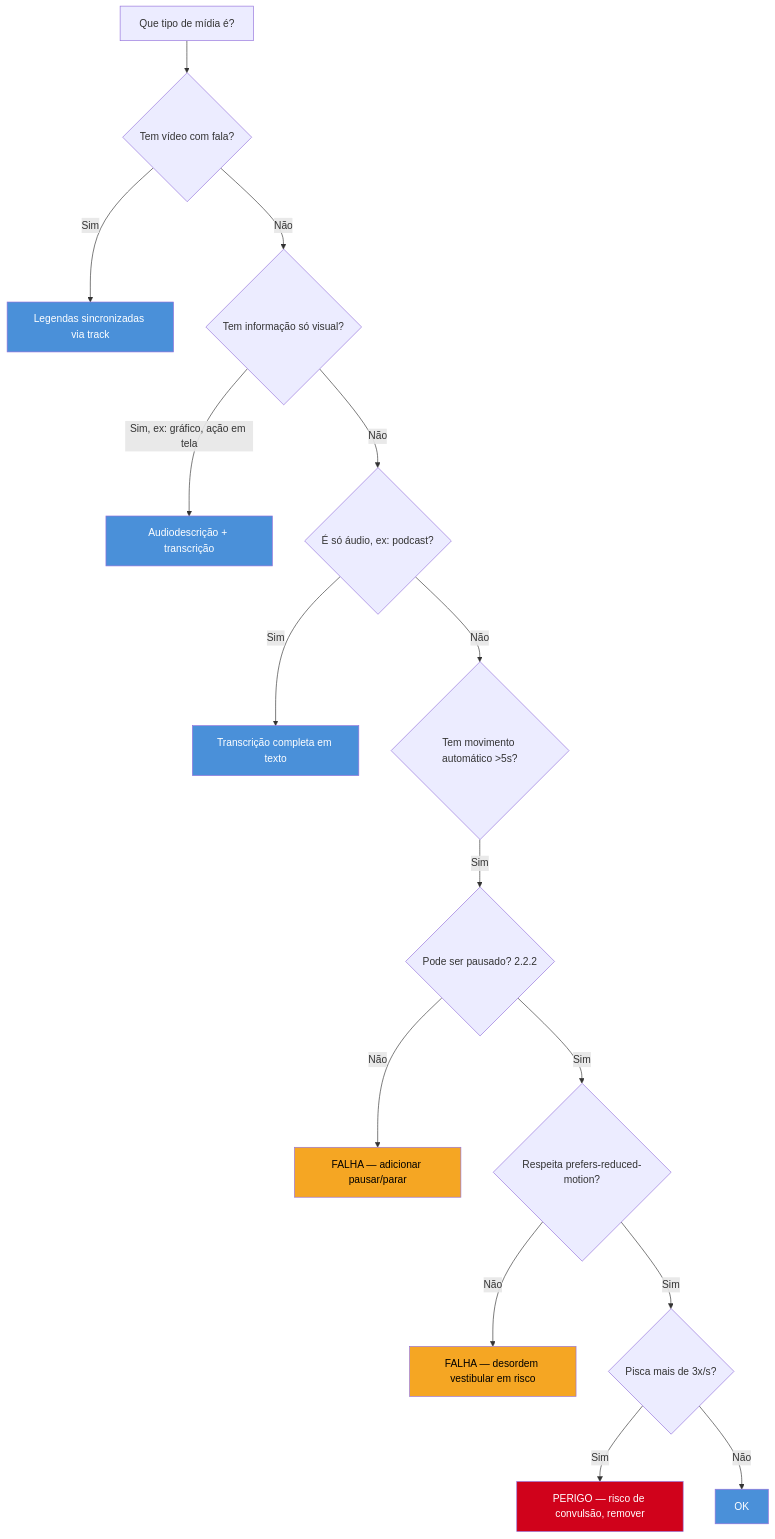
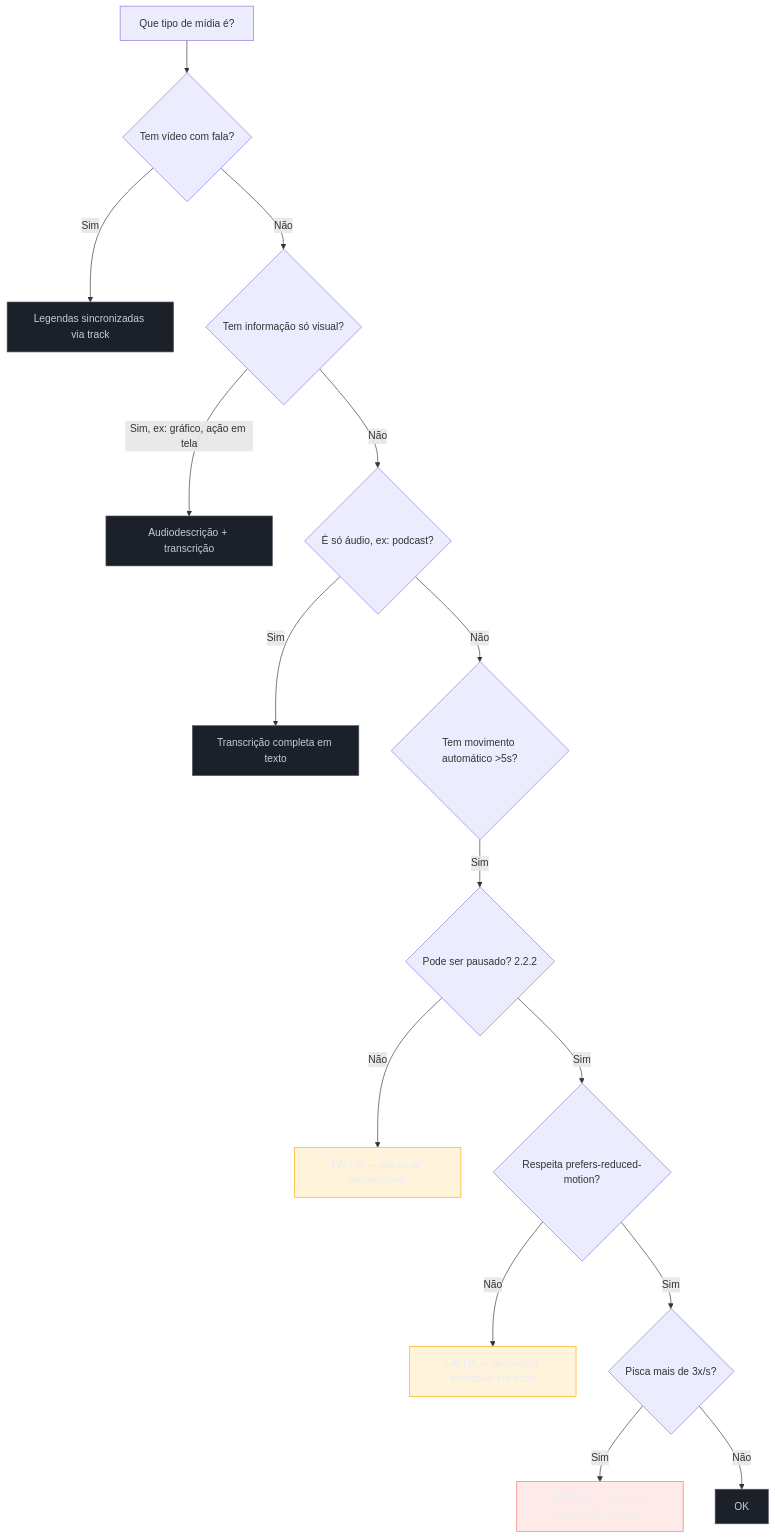
The diagram in 03-Dominios/Tecnologia/Acessibilidade/Construir Acessível/12 - Mídia e movimento.md (josenaldo/codex-technomanticus), drawn with Mermaid before and after one commit. The commit also changed 1181 other files, not shown here.

First line of the commit message:
fix(diagramas): paleta do sistema no lugar de cor cravada no markdown

````diff
--- a/03-Dominios/Tecnologia/Acessibilidade/Construir Acessível/12 - Mídia e movimento.md
+++ b/03-Dominios/Tecnologia/Acessibilidade/Construir Acessível/12 - Mídia e movimento.md
@@ -107,25 +107,28 @@
 ```mermaid
 flowchart TD
+    classDef neutro fill:#1B2029,stroke:#4E5666,color:#C6CCD8
+    classDef destaque fill:#FFAA0024,stroke:#FFAA00,color:#E9ECF2
+    classDef falha fill:#FF6B6B24,stroke:#FF6B6B,color:#E9ECF2
     A[Que tipo de mídia é?] --> B{Tem vídeo com fala?}
     B -->|Sim| C[Legendas sincronizadas via track]
     B -->|Não| D{Tem informação só visual?}
     D -->|Sim, ex: gráfico, ação em tela| E[Audiodescrição + transcrição]
     D -->|Não| F{É só áudio, ex: podcast?}
     F -->|Sim| G[Transcrição completa em texto]
     F -->|Não| H{Tem movimento automático >5s?}
     H -->|Sim| I{Pode ser pausado? 2.2.2}
     I -->|Não| J[FALHA — adicionar pausar/parar]
     I -->|Sim| K{Respeita prefers-reduced-motion?}
     K -->|Não| L[FALHA — desordem vestibular em risco]
     K -->|Sim| M{Pisca mais de 3x/s?}
     M -->|Sim| N[PERIGO — risco de convulsão, remover]
     M -->|Não| O[OK]
 
-    style C fill:#4A90D9,color:#fff
-    style E fill:#4A90D9,color:#fff
-    style G fill:#4A90D9,color:#fff
-    style O fill:#4A90D9,color:#fff
-    style J fill:#F5A623,color:#000
-    style L fill:#F5A623,color:#000
-    style N fill:#D0021B,color:#fff
+    class C neutro
+    class E neutro
+    class G neutro
+    class O neutro
+    class J destaque
+    class L destaque
+    class N falha
 ```
````
